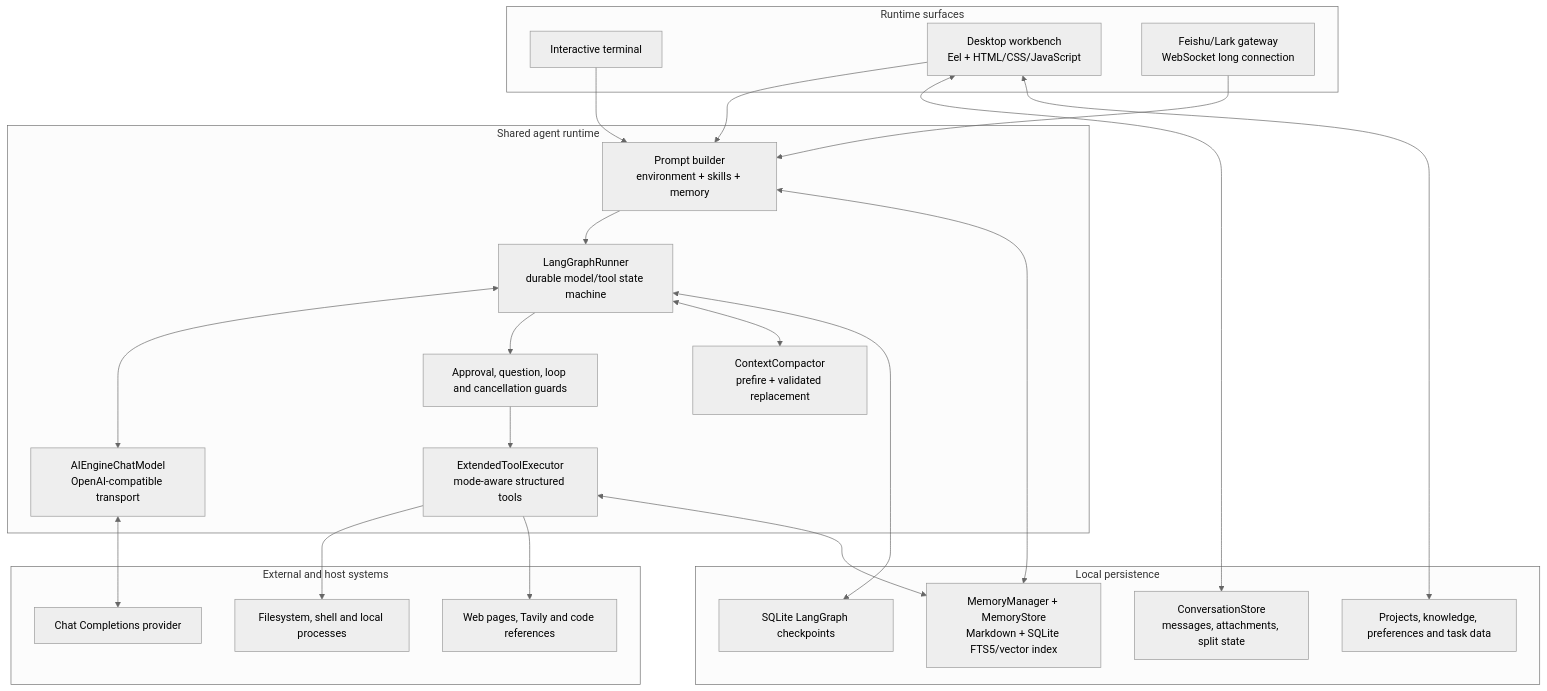
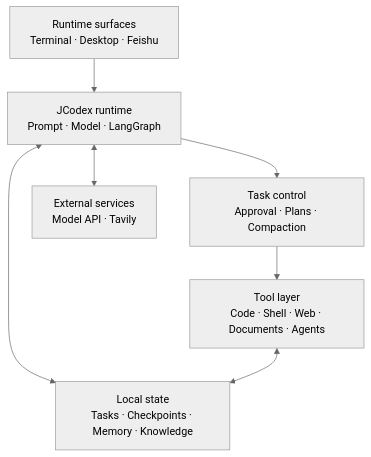
One commit to chuanchuan123321/JCodex changed the first of 2 diagrams in README.md. Above: the diagram before and after it, drawn with Mermaid (neutral theme). The commit also changed other lines of this file and 1 other file, not shown here.

First line of the commit message:
优化 README 展示与架构 / Improve README showcase and architecture

````diff
--- a/README.md
+++ b/README.md
@@ -53,46 +70,9 @@
 ```mermaid
 flowchart TB
-    subgraph Surfaces["Runtime surfaces"]
-        CLI["Interactive terminal"]
-        Desktop["Desktop workbench<br/>Eel + HTML/CSS/JavaScript"]
-        Feishu["Feishu/Lark gateway<br/>WebSocket long connection"]
-    end
-
-    subgraph Runtime["Shared agent runtime"]
-        Prompt["Prompt builder<br/>environment + skills + memory"]
-        Model["AIEngineChatModel<br/>OpenAI-compatible transport"]
-        Graph["LangGraphRunner<br/>durable model/tool state machine"]
-        Guard["Approval, question, loop and cancellation guards"]
-        Tools["ExtendedToolExecutor<br/>mode-aware structured tools"]
-        Compact["ContextCompactor<br/>prefire + validated replacement"]
-    end
-
-    subgraph Persistence["Local persistence"]
-        Conversations["ConversationStore<br/>messages, attachments, split state"]
-        Checkpoints["SQLite LangGraph checkpoints"]
-        Memory["MemoryManager + MemoryStore<br/>Markdown + SQLite FTS5/vector index"]
-        Domain["Projects, knowledge, preferences and task data"]
-    end
-
-    subgraph External["External and host systems"]
-        Provider["Chat Completions provider"]
-        Host["Filesystem, shell and local processes"]
-        Web["Web pages, Tavily and code references"]
-    end
-
-    CLI --> Prompt
-    Desktop --> Prompt
-    Feishu --> Prompt
-    Prompt --> Graph
-    Graph <--> Model
-    Model <--> Provider
-    Graph --> Guard --> Tools
-    Tools --> Host
-    Tools --> Web
-    Graph <--> Compact
-    Graph <--> Checkpoints
-    Desktop <--> Conversations
-    Prompt <--> Memory
-    Desktop <--> Domain
-    Tools <--> Memory
+    UI["Runtime surfaces<br/>Terminal · Desktop · Feishu"] --> Core["JCodex runtime<br/>Prompt · Model · LangGraph"]
+    Core --> Control["Task control<br/>Approval · Plans · Compaction"]
+    Control --> Tools["Tool layer<br/>Code · Shell · Web · Documents · Agents"]
+    Core <--> State["Local state<br/>Tasks · Checkpoints · Memory · Knowledge"]
+    Core <--> APIs["External services<br/>Model API · Tavily"]
+    Tools <--> State
 ```
````
